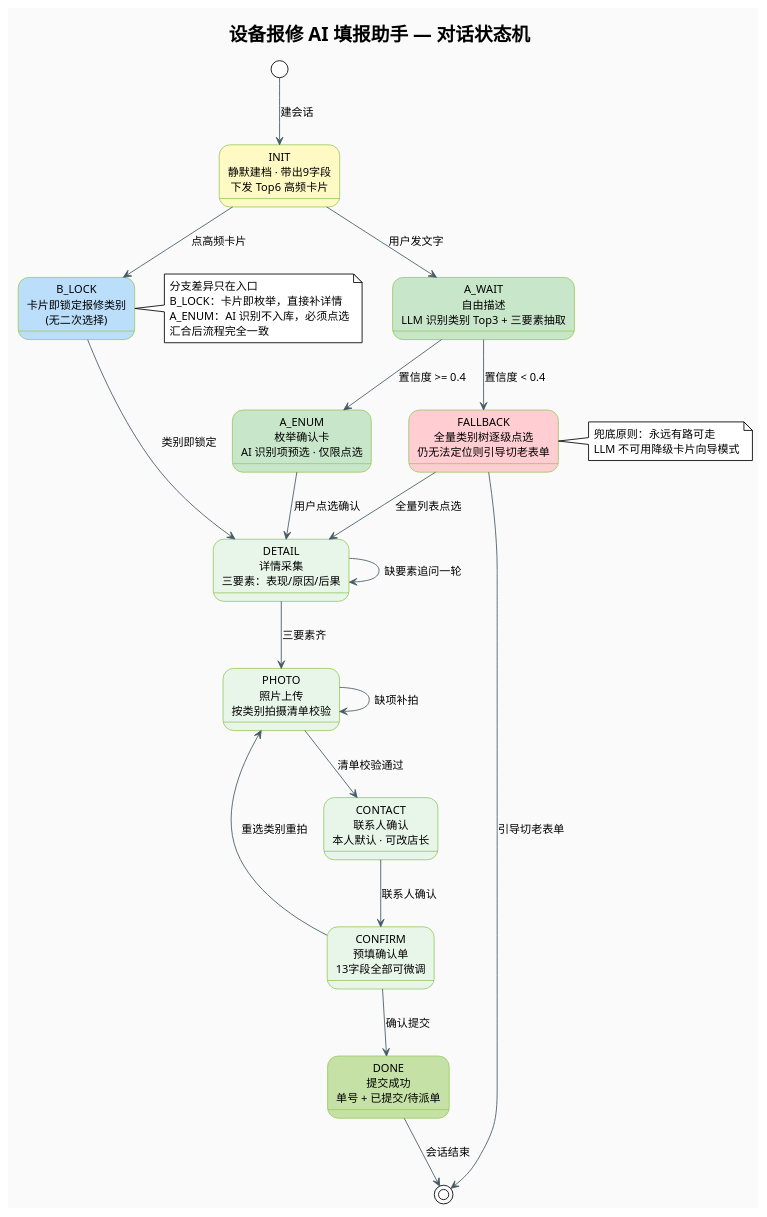
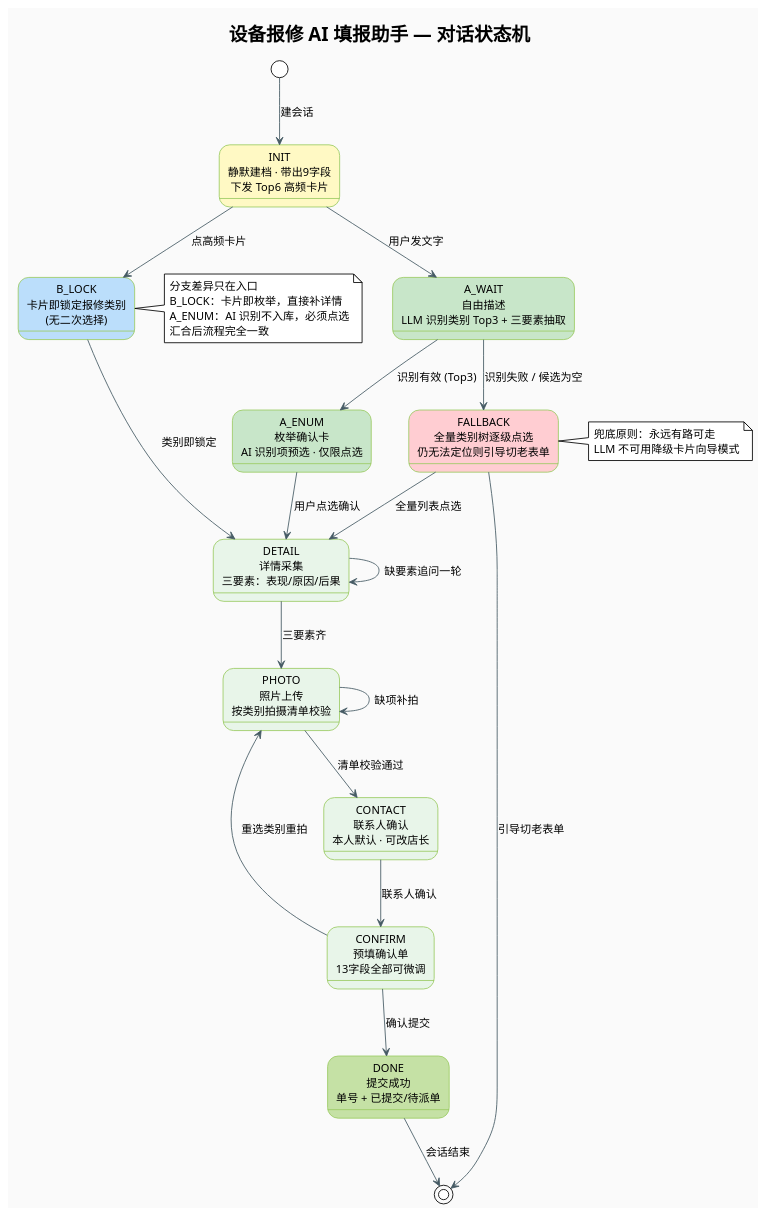
The diagram in src/main/hotmaxx/需求点/输入优化/diagrams/02-对话状态机图.puml (bai876939716/my_doc), drawn with PlantUML before and after one commit. The commit also changed 10 other files, not shown here.

```diff
--- a/src/main/hotmaxx/需求点/输入优化/diagrams/02-对话状态机图.puml
+++ b/src/main/hotmaxx/需求点/输入优化/diagrams/02-对话状态机图.puml
@@ -1,72 +1,72 @@
 @startuml 设备报修AI填报-对话状态机
 !theme plain
 skinparam backgroundColor #FAFAFA
 skinparam defaultFontName "PingFang SC,Microsoft YaHei,Arial"
 skinparam state {
   BackgroundColor #E8F5E9
   BorderColor #9CCC65
   ArrowColor #455A64
   FontSize 13
 }
 
 title 设备报修 AI 填报助手 — 对话状态机
 
 ' ========== 入口 ==========
 state "INIT\n静默建档 · 带出9字段\n下发 Top6 高频卡片" as INIT #FFF9C4
 
 ' ========== 分支A：自由描述 ==========
 state "A_WAIT\n自由描述\nLLM 识别类别 Top3 + 三要素抽取" as A_WAIT #C8E6C9
 
 ' ========== 分支B：高频卡片 ==========
 state "B_LOCK\n卡片即锁定报修类别\n(无二次选择)" as B_LOCK #BBDEFB
 
 state "A_ENUM\n枚举确认卡\nAI 识别项预选 · 仅限点选" as A_ENUM #C8E6C9
 
 ' ========== 兜底 ==========
 state "FALLBACK\n全量类别树逐级点选\n仍无法定位则引导切老表单" as FALLBACK #FFCDD2
 
 ' ========== 公共流程 ==========
 state "DETAIL\n详情采集\n三要素：表现/原因/后果" as DETAIL #E8F5E9
 state "PHOTO\n照片上传\n按类别拍摄清单校验" as PHOTO #E8F5E9
 state "CONTACT\n联系人确认\n本人默认 · 可改店长" as CONTACT #E8F5E9
 state "CONFIRM\n预填确认单\n13字段全部可微调" as CONFIRM #E8F5E9
 state "DONE\n提交成功\n单号 + 已提交/待派单" as DONE #C5E1A5
 
 ' ========== 转移 ==========
 [*] --> INIT : 建会话
 
 INIT --> A_WAIT : 用户发文字
 INIT --> B_LOCK : 点高频卡片
 
-A_WAIT --> A_ENUM : 置信度 >= 0.4
-A_WAIT --> FALLBACK : 置信度 < 0.4
+A_WAIT --> A_ENUM : 识别有效 (Top3)
+A_WAIT --> FALLBACK : 识别失败 / 候选为空
 A_ENUM --> DETAIL : 用户点选确认
 B_LOCK --> DETAIL : 类别即锁定
 FALLBACK --> DETAIL : 全量列表点选
 FALLBACK --> [*] : 引导切老表单
 
 DETAIL --> DETAIL : 缺要素追问一轮
 DETAIL --> PHOTO : 三要素齐
 
 PHOTO --> PHOTO : 缺项补拍
 PHOTO --> CONTACT : 清单校验通过
 
 CONTACT --> CONFIRM : 联系人确认
 CONFIRM --> DONE : 确认提交
 CONFIRM --> PHOTO : 重选类别重拍
 
 DONE --> [*] : 会话结束
 
 note right of B_LOCK
   分支差异只在入口
   B_LOCK：卡片即枚举，直接补详情
   A_ENUM：AI 识别不入库，必须点选
   汇合后流程完全一致
 end note
 
 note right of FALLBACK
   兜底原则：永远有路可走
   LLM 不可用降级卡片向导模式
 end note
 
 @enduml
```
